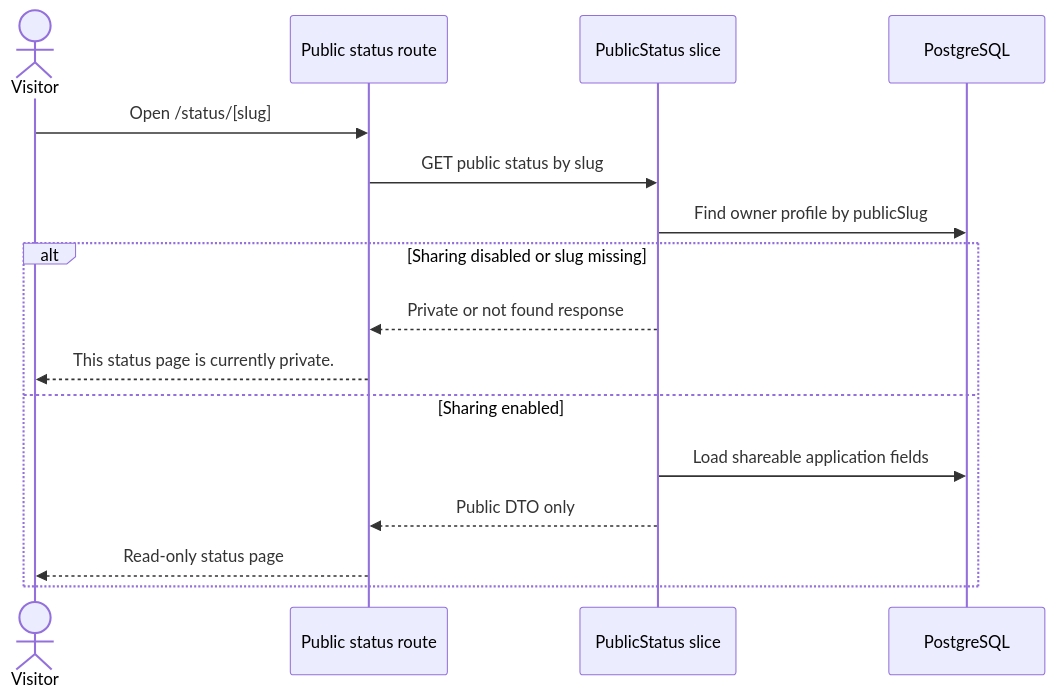
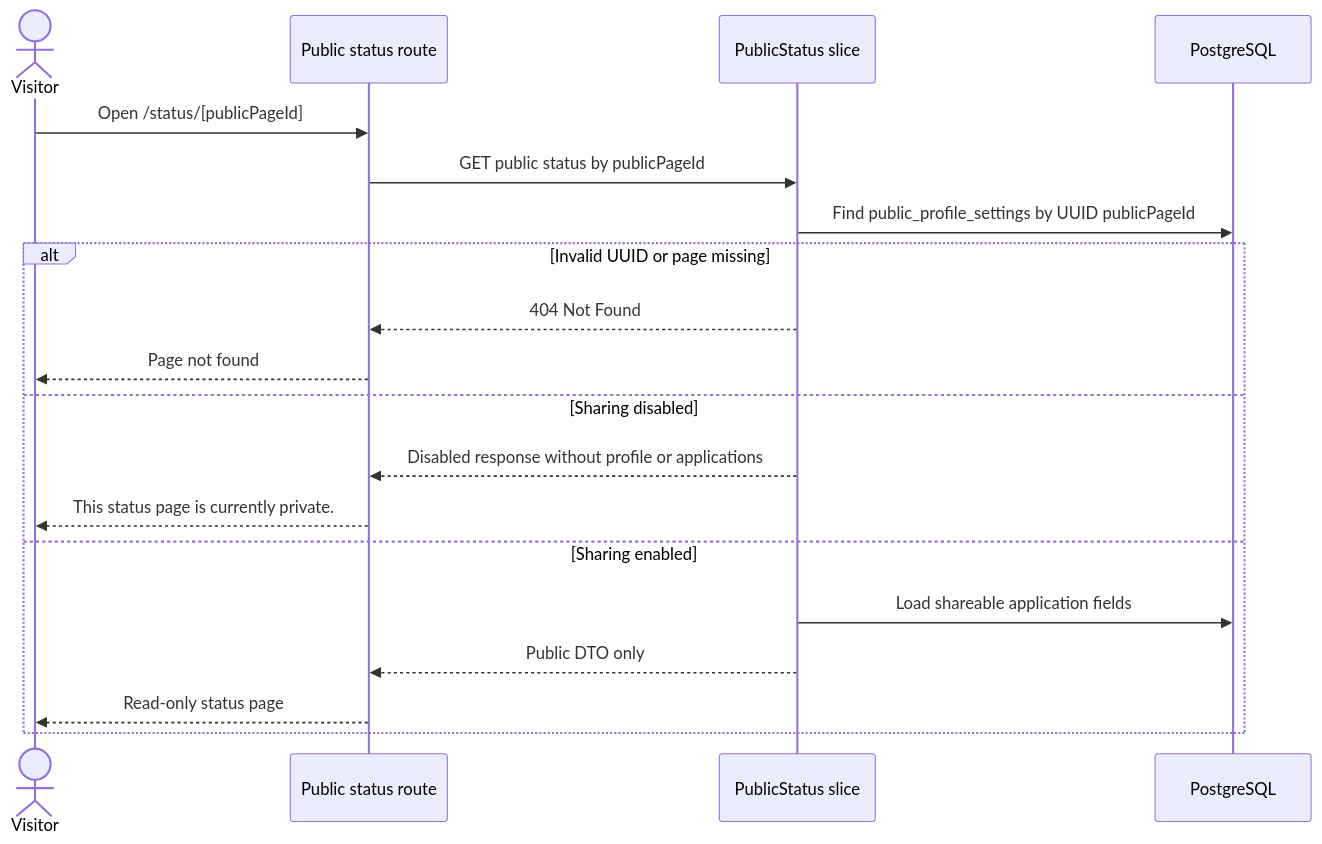
The diagram in docs/diagrams/public-status-page-flow.md (DPCoderr/NoNeed2Ask), drawn with Mermaid before and after one commit. The commit also changed 38 other files, not shown here.

Commit message:
Replace public slugs with random UUID page identifiers

````diff
--- a/docs/diagrams/public-status-page-flow.md
+++ b/docs/diagrams/public-status-page-flow.md
@@ -5,19 +5,22 @@
 ```mermaid
 sequenceDiagram
     actor Visitor
     participant Web as Public status route
     participant Api as PublicStatus slice
     participant Db as PostgreSQL
 
-    Visitor->>Web: Open /status/[slug]
-    Web->>Api: GET public status by slug
-    Api->>Db: Find owner profile by publicSlug
-    alt Sharing disabled or slug missing
-        Api-->>Web: Private or not found response
+    Visitor->>Web: Open /status/[publicPageId]
+    Web->>Api: GET public status by publicPageId
+    Api->>Db: Find public_profile_settings by UUID publicPageId
+    alt Invalid UUID or page missing
+        Api-->>Web: 404 Not Found
+        Web-->>Visitor: Page not found
+    else Sharing disabled
+        Api-->>Web: Disabled response without profile or applications
         Web-->>Visitor: This status page is currently private.
     else Sharing enabled
         Api->>Db: Load shareable application fields
         Api-->>Web: Public DTO only
         Web-->>Visitor: Read-only status page
     end
 ```
````
